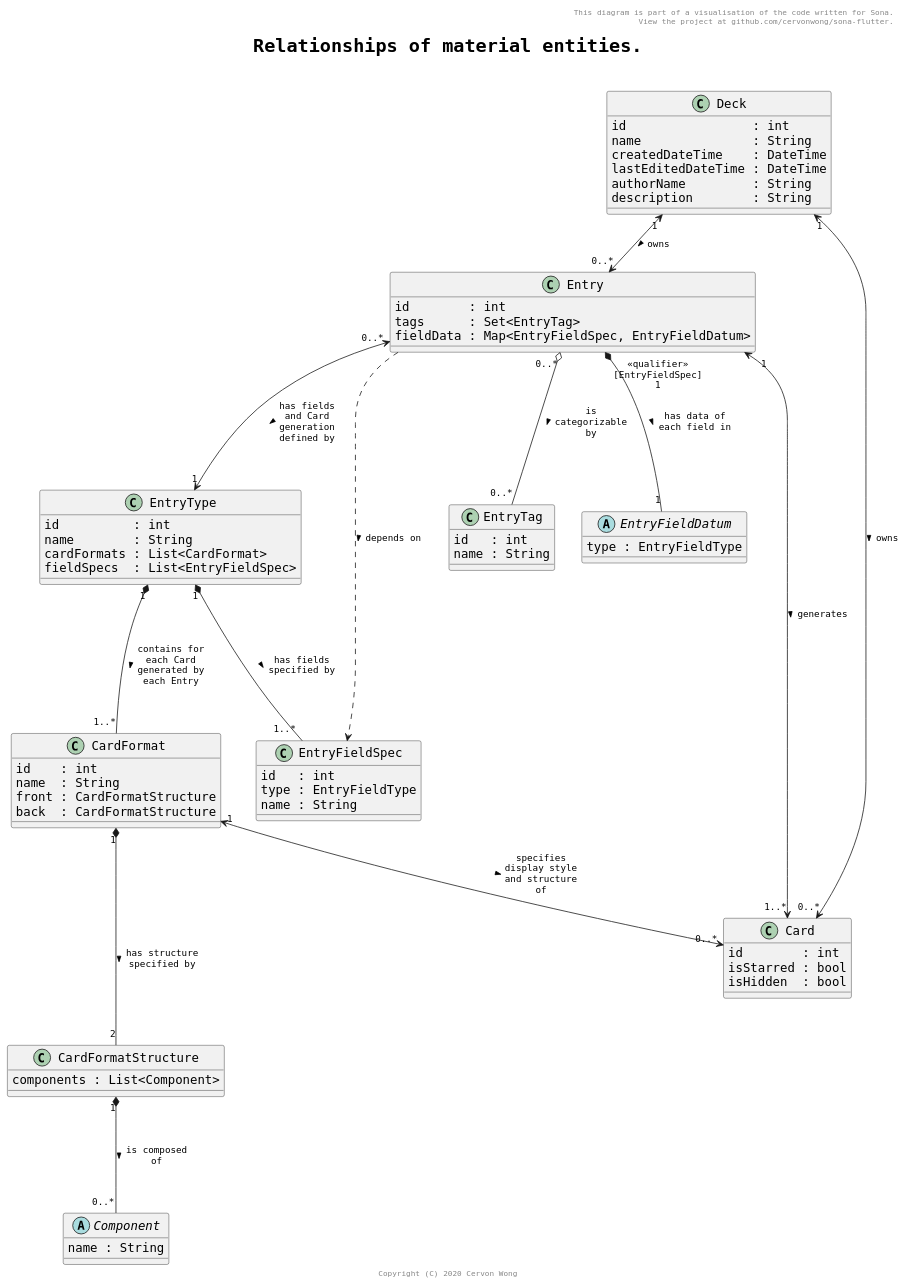
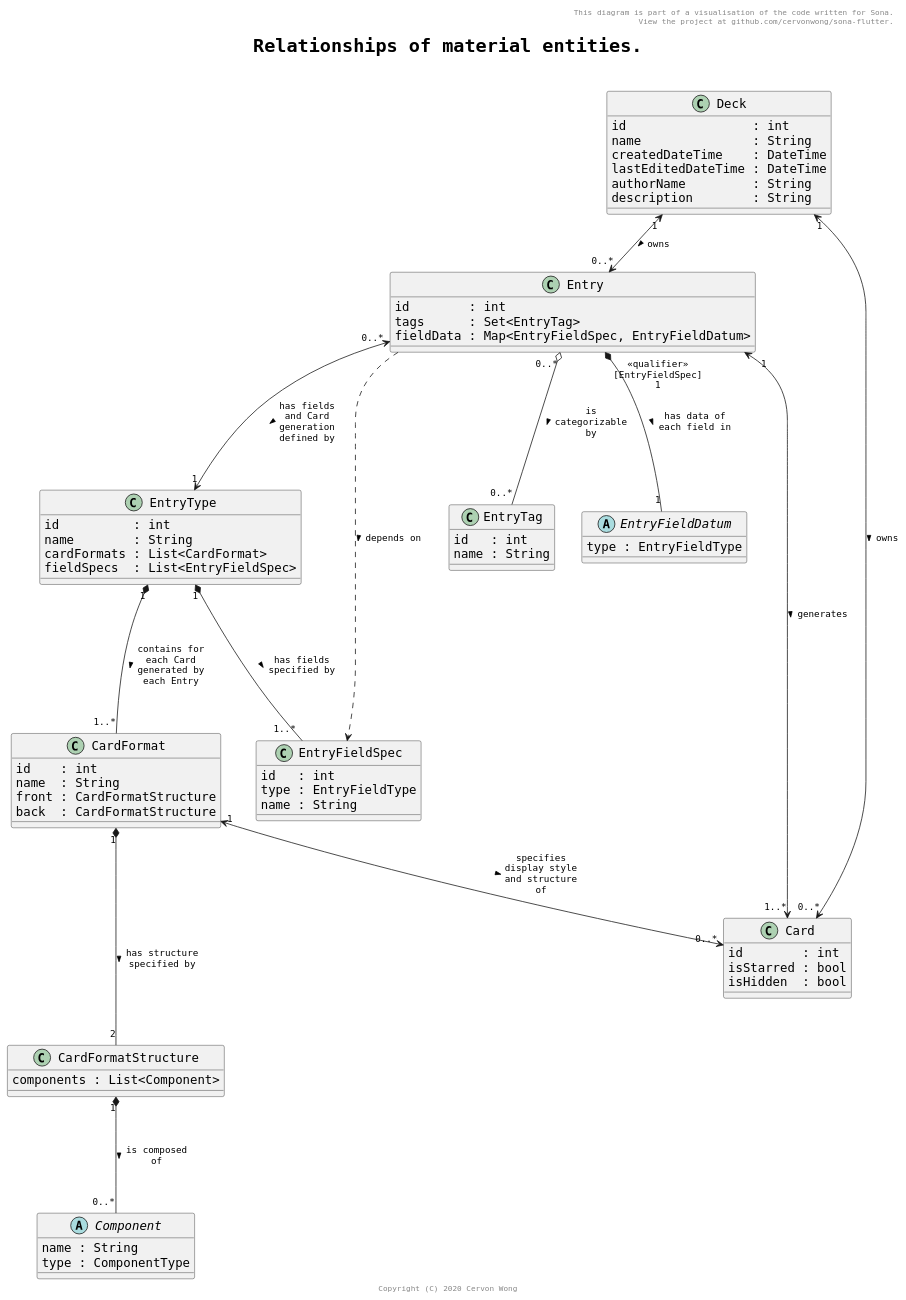
One commit to cervonwong/sona-flutter changed the diagram in puml/material_entities.puml. Above: the diagram before and after it, drawn with PlantUML.

Commit message:
Docs(puml): Update diagram as per 4af488f5

```diff
--- a/puml/material_entities.puml
+++ b/puml/material_entities.puml
@@ -1,86 +1,87 @@
 @startuml
 
 skinparam maxMessageSize 100
 skinparam shadowing false
 skinparam defaultFontName monospaced
 skinparam defaultFontSize 16
 skinparam arrowFontSize 12
 skinparam titleFontSize 24
 skinparam titleFontStyle bold
 
 header This diagram is part of a visualisation of the code written for Sona.\n View the project at github.com/cervonwong/sona-flutter.
 title Relationships of material entities.\n
 footer Copyright (C) 2020 Cervon Wong
 
 class Card {
 	id        : int
 	isStarred : bool
 	isHidden  : bool
 }
 
 class Entry {
 	id        : int
 	tags      : Set<EntryTag>
 	fieldData : Map<EntryFieldSpec, EntryFieldDatum>
 }
 
 class Deck {
 	id                 : int
 	name               : String
 	createdDateTime    : DateTime
 	lastEditedDateTime : DateTime
 	authorName         : String
 	description        : String
 }
 
 class EntryTag {
 	id   : int
 	name : String
 }
 
 abstract class EntryFieldDatum {
 	type : EntryFieldType
 }
 
 class EntryType {
 	id          : int
 	name        : String
 	cardFormats : List<CardFormat>
 	fieldSpecs  : List<EntryFieldSpec>
 }
 
 class EntryFieldSpec {
 	id   : int
 	type : EntryFieldType
 	name : String
 }
 
 class CardFormat {
 	id    : int
 	name  : String
 	front : CardFormatStructure
 	back  : CardFormatStructure
 }
 
 class CardFormatStructure {
 	components : List<Component>
 }
 
 abstract class Component {
 	name : String
+	type : ComponentType
 }
 
 Deck                "1"                                  <--> "0..*" Entry               : owns >
 Entry               "1"                                  <--> "1..*" Card                : generates >
 Deck                "1"                                  <--> "0..*" Card                : owns >
 Entry               "0..*"                               o--- "0..*" EntryTag            : is categorizable by >
 Entry               "<<qualifier>>\n[EntryFieldSpec]\n1" *--- "1"    EntryFieldDatum     : has data of each field in >
 Entry                                                    ..>         EntryFieldSpec      : depends on >
 Entry               "0..*"                               <---> "1"   EntryType           : has fields and Card generation defined by >
 EntryType           "1"                                  *--- "1..*" CardFormat          : contains for each Card generated by each Entry >
 CardFormat          "1"                                  <--> "0..*" Card                : specifies display style and structure of >
 EntryType           "1"                                  *--- "1..*" EntryFieldSpec      : has fields specified by >
 CardFormat          "1"                                  *--- "2"    CardFormatStructure : has structure specified by >
 CardFormatStructure "1"                                  *--- "0..*" Component           : is composed of >
 
 @enduml
```
